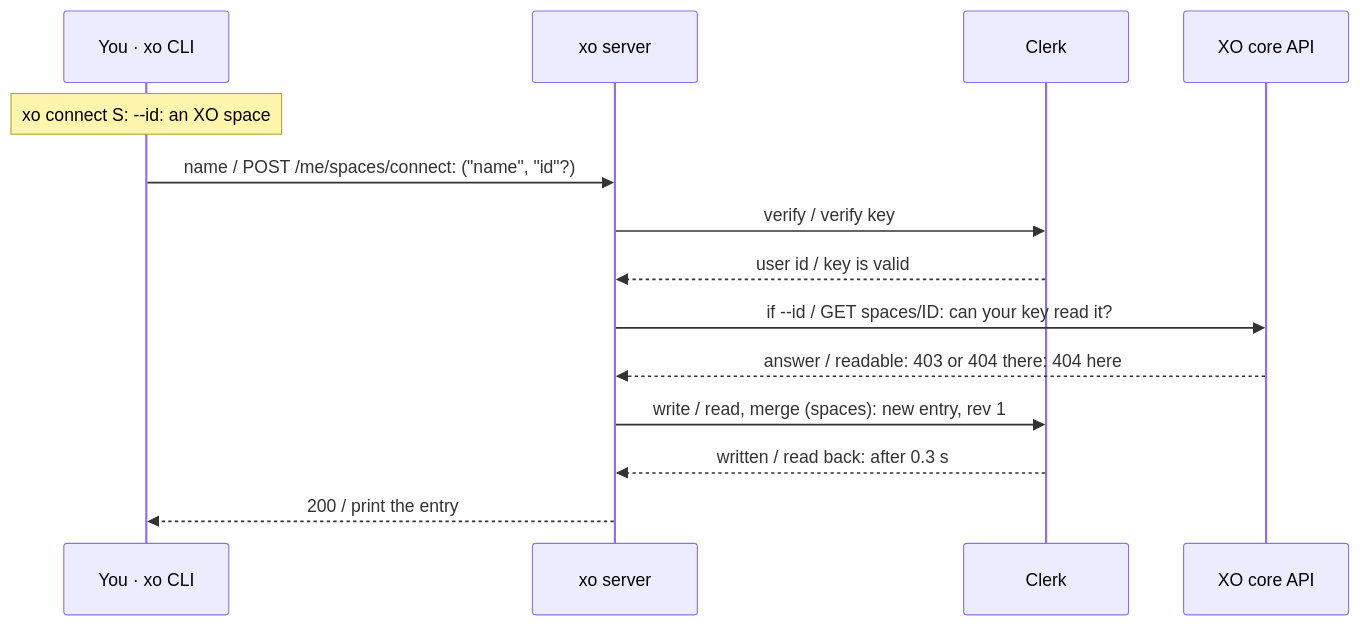
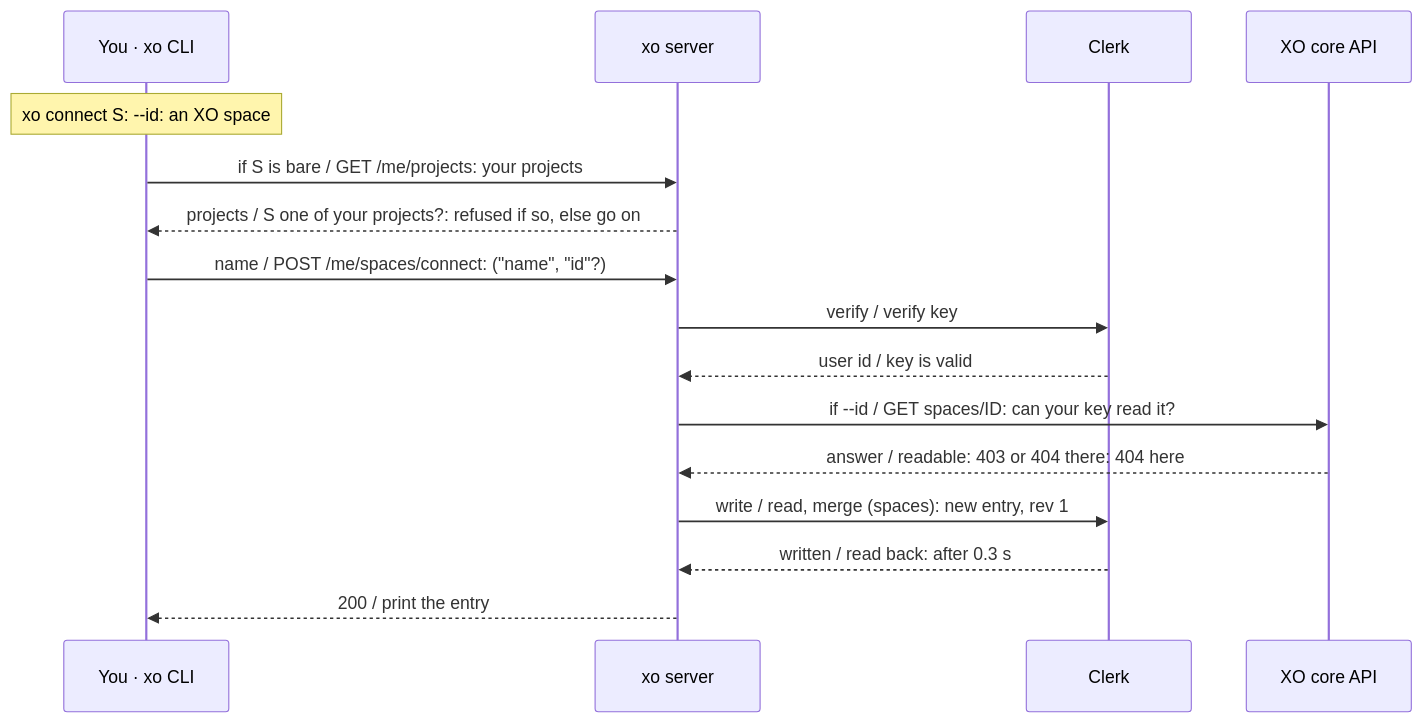
One commit to quirq-ai/xo changed diagram 14 of 30 in docs/architecture.md. Above: the diagram before and after it, drawn with Mermaid. The commit also changed other lines of this file and 4 other files, not shown here.

First line of the commit message:
xo connect: when both names are projects, your spaces decide the order

````diff
--- a/docs/architecture.md
+++ b/docs/architecture.md
@@ -318,16 +318,18 @@
 ```mermaid
 sequenceDiagram
   participant Cli as You · xo CLI
   participant Srv as xo server
   participant Clerk as Clerk
   participant Xo as XO core API
   Note over Cli: xo connect S: --id: an XO space
+  Cli->>Srv: if S is bare / GET /me/projects: your projects
+  Srv-->>Cli: projects / S one of your projects?: refused if so, else go on
   Cli->>Srv: name / POST /me/spaces/connect: ("name", "id"?)
   Srv->>Clerk: verify / verify key
   Clerk-->>Srv: user id / key is valid
   Srv->>Xo: if --id / GET spaces/ID: can your key read it?
   Xo-->>Srv: answer / readable: 403 or 404 there: 404 here
   Srv->>Clerk: write / read, merge (spaces): new entry, rev 1
   Clerk-->>Srv: written / read back: after 0.3 s
   Srv-->>Cli: 200 / print the entry
 ```
````
